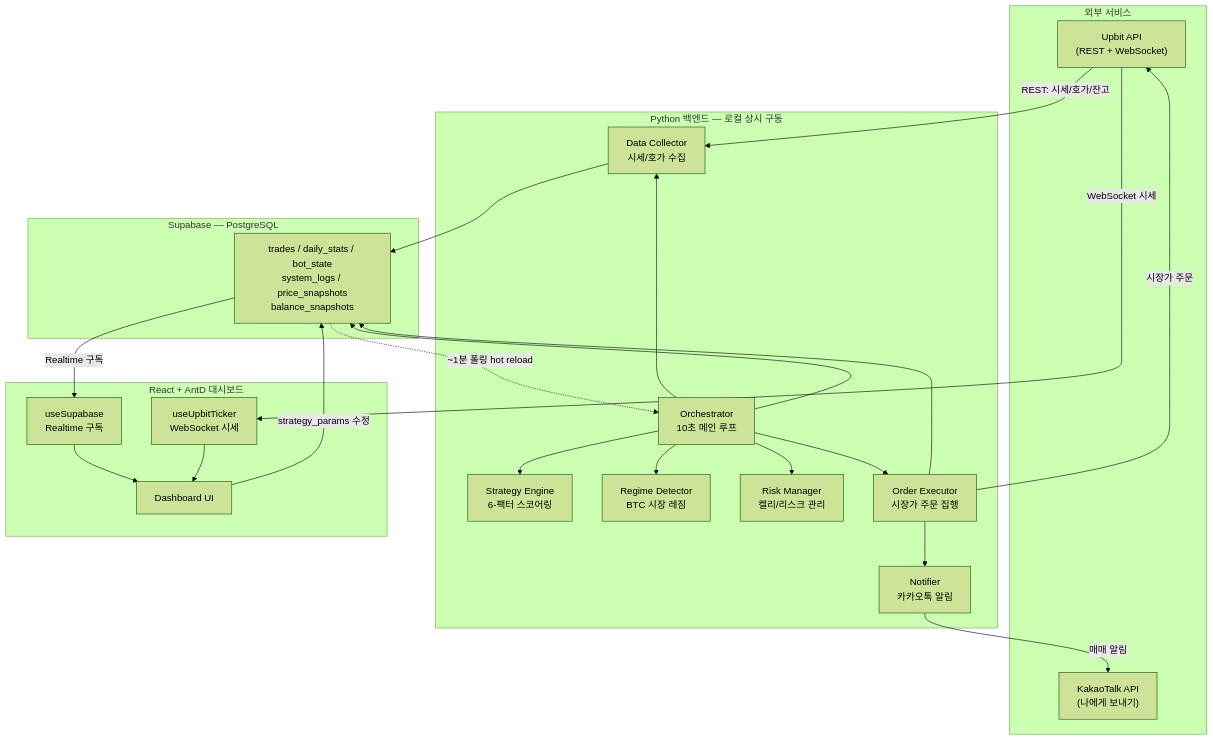
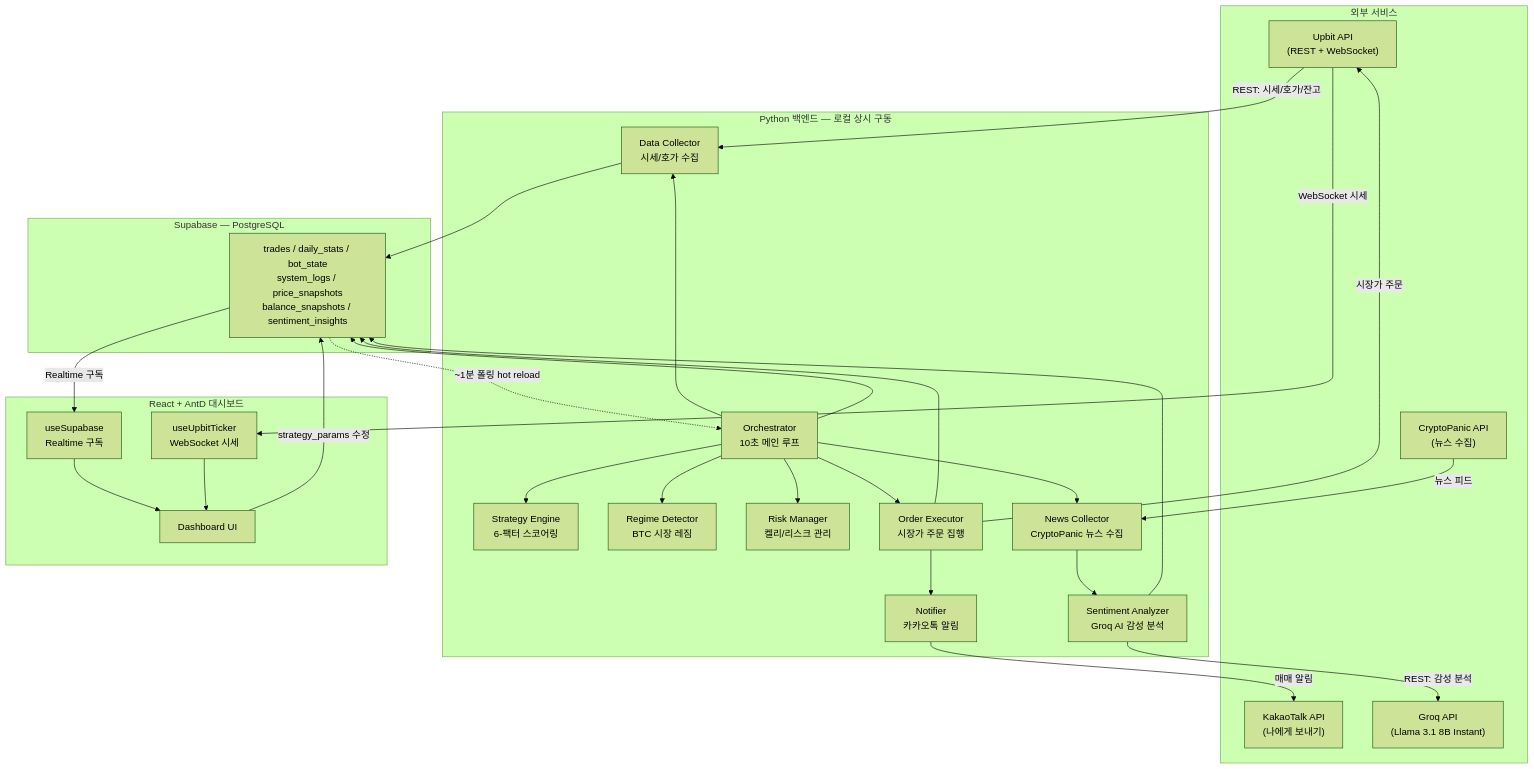
The first of 2 diagrams in docs/System-Architecture-Design.md (blackstarzck/zenith), drawn with Mermaid (forest theme) before and after one commit. The commit also changed other lines of this file and 22 other files, not shown here.

Commit message:
feat: Implement crypto sentiment insight panel with accuracy tracking and detailed news analysis display

````diff
--- a/docs/System-Architecture-Design.md
+++ b/docs/System-Architecture-Design.md
@@ -41,46 +43,55 @@
 ```mermaid
 graph TB
     subgraph EXT["외부 서비스"]
         UPBIT["Upbit API<br/>(REST + WebSocket)"]
         KAKAO["KakaoTalk API<br/>(나에게 보내기)"]
+        CPANIC["CryptoPanic API<br/>(뉴스 수집)"]
+        GROQ["Groq API<br/>(Llama 3.1 8B Instant)"]
     end
 
     subgraph PY["Python 백엔드 — 로컬 상시 구동"]
         ORCH["Orchestrator<br/>10초 메인 루프"]
         COLL["Data Collector<br/>시세/호가 수집"]
         STRAT["Strategy Engine<br/>6-팩터 스코어링"]
         REGIME["Regime Detector<br/>BTC 시장 레짐"]
         RISK["Risk Manager<br/>켈리/리스크 관리"]
         EXEC["Order Executor<br/>시장가 주문 집행"]
         NOTI["Notifier<br/>카카오톡 알림"]
+        NEWS["News Collector<br/>CryptoPanic 뉴스 수집"]
+        SENT["Sentiment Analyzer<br/>Groq AI 감성 분석"]
     end
 
     subgraph DB["Supabase — PostgreSQL"]
-        TABLES["trades / daily_stats / bot_state<br/>system_logs / price_snapshots<br/>balance_snapshots"]
+        TABLES["trades / daily_stats / bot_state<br/>system_logs / price_snapshots<br/>balance_snapshots / sentiment_insights"]
     end
 
     subgraph FE["React + AntD 대시보드"]
         HOOKS["useSupabase<br/>Realtime 구독"]
         TICKER["useUpbitTicker<br/>WebSocket 시세"]
         UI["Dashboard UI"]
     end
 
     UPBIT -->|"REST: 시세/호가/잔고"| COLL
     ORCH --> COLL
     ORCH --> STRAT
     ORCH --> REGIME
     ORCH --> RISK
     ORCH --> EXEC
     EXEC -->|"시장가 주문"| UPBIT
     EXEC --> NOTI
     NOTI -->|"매매 알림"| KAKAO
     COLL --> TABLES
     EXEC --> TABLES
     ORCH --> TABLES
     TABLES -->|"Realtime 구독"| HOOKS
     UPBIT -->|"WebSocket 시세"| TICKER
     HOOKS --> UI
     TICKER --> UI
     UI -->|"strategy_params 수정"| TABLES
     TABLES -.->|"~1분 폴링 hot reload"| ORCH
+    CPANIC -->|"뉴스 피드"| NEWS
+    NEWS --> SENT
+    SENT -->|"REST: 감성 분석"| GROQ
+    SENT --> TABLES
+    ORCH --> NEWS
 ```
````
